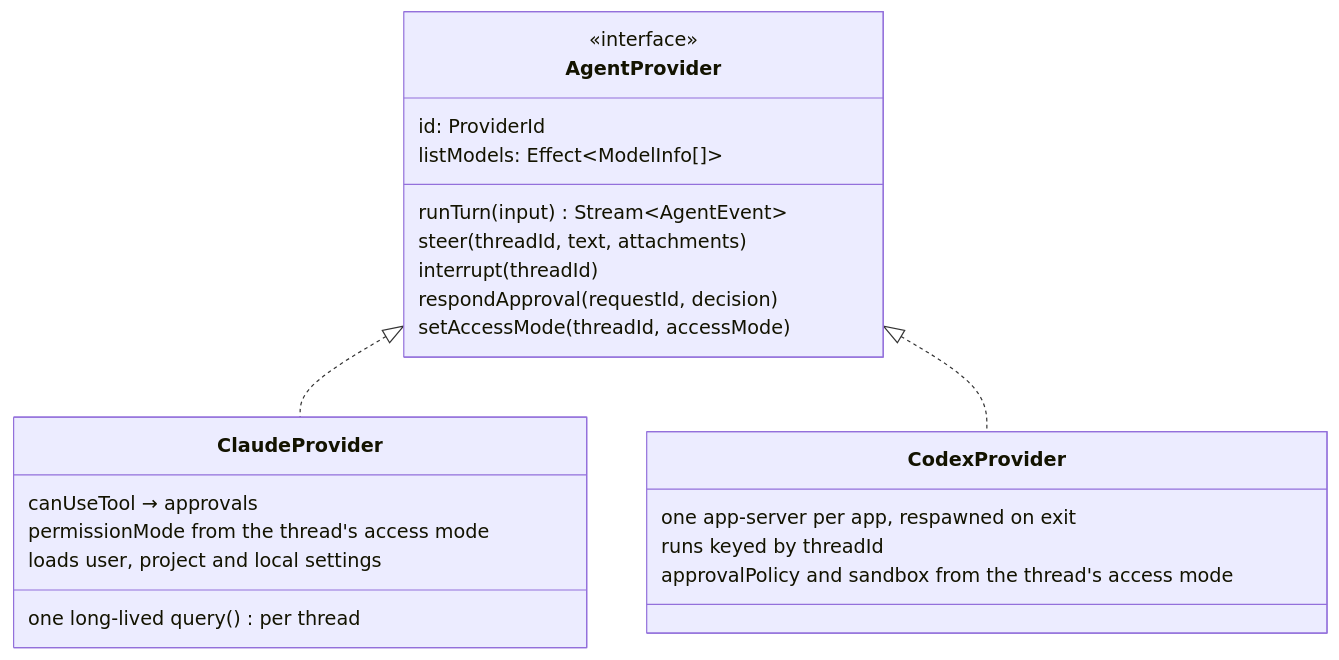
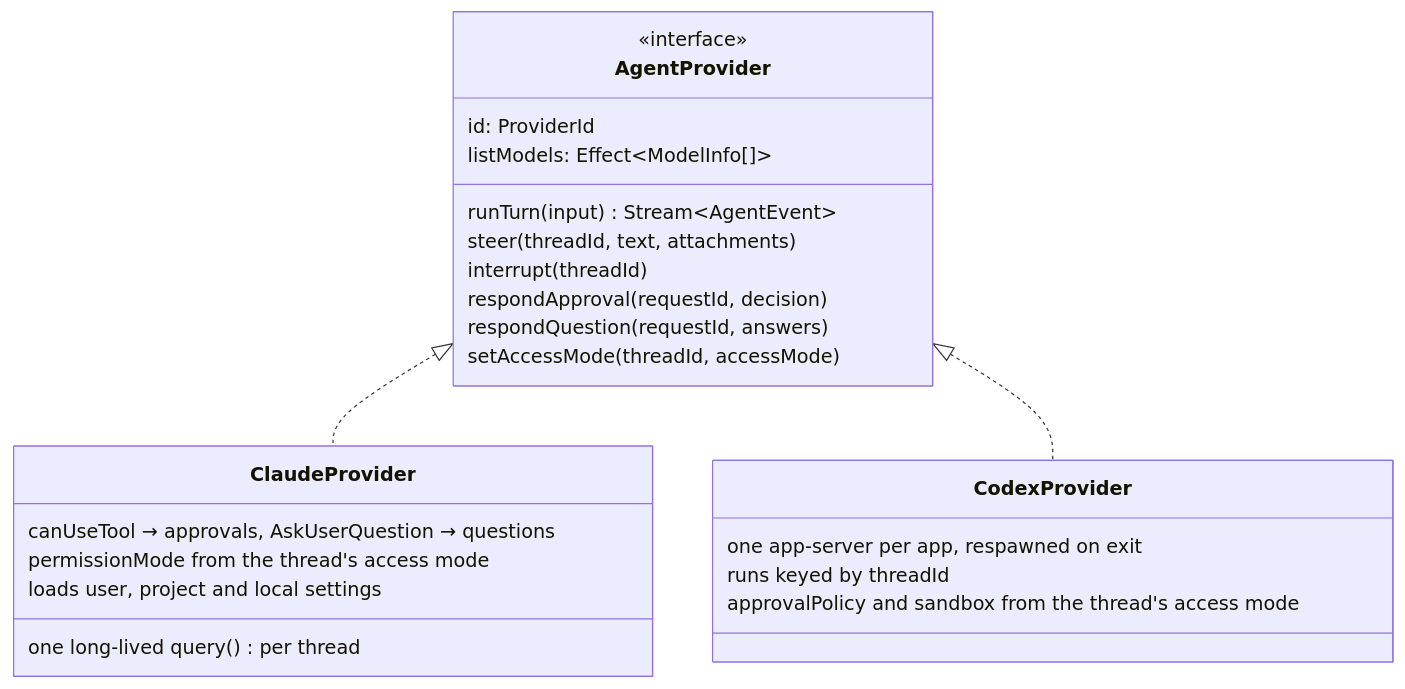
Before and after one commit to hinadev-ai/hinacode: the fourth of 13 diagrams in docs/arch.md, drawn with Mermaid. The commit also changed other lines of this file and 1 other file, not shown here.

Commit message:
docs(questions): describe agent questions

````diff
--- a/docs/arch.md
+++ b/docs/arch.md
@@ -97,26 +97,27 @@
 ```mermaid
 classDiagram
   class AgentProvider {
     <<interface>>
     id: ProviderId
     listModels: Effect~ModelInfo[]~
     runTurn(input) Stream~AgentEvent~
     steer(threadId, text, attachments)
     interrupt(threadId)
     respondApproval(requestId, decision)
+    respondQuestion(requestId, answers)
     setAccessMode(threadId, accessMode)
   }
   class ClaudeProvider {
     one long-lived query() per thread
-    canUseTool → approvals
+    canUseTool → approvals, AskUserQuestion → questions
     permissionMode from the thread's access mode
     loads user, project and local settings
   }
   class CodexProvider {
     one app-server per app, respawned on exit
     runs keyed by threadId
     approvalPolicy and sandbox from the thread's access mode
   }
   AgentProvider <|.. ClaudeProvider
   AgentProvider <|.. CodexProvider
 ```
````
